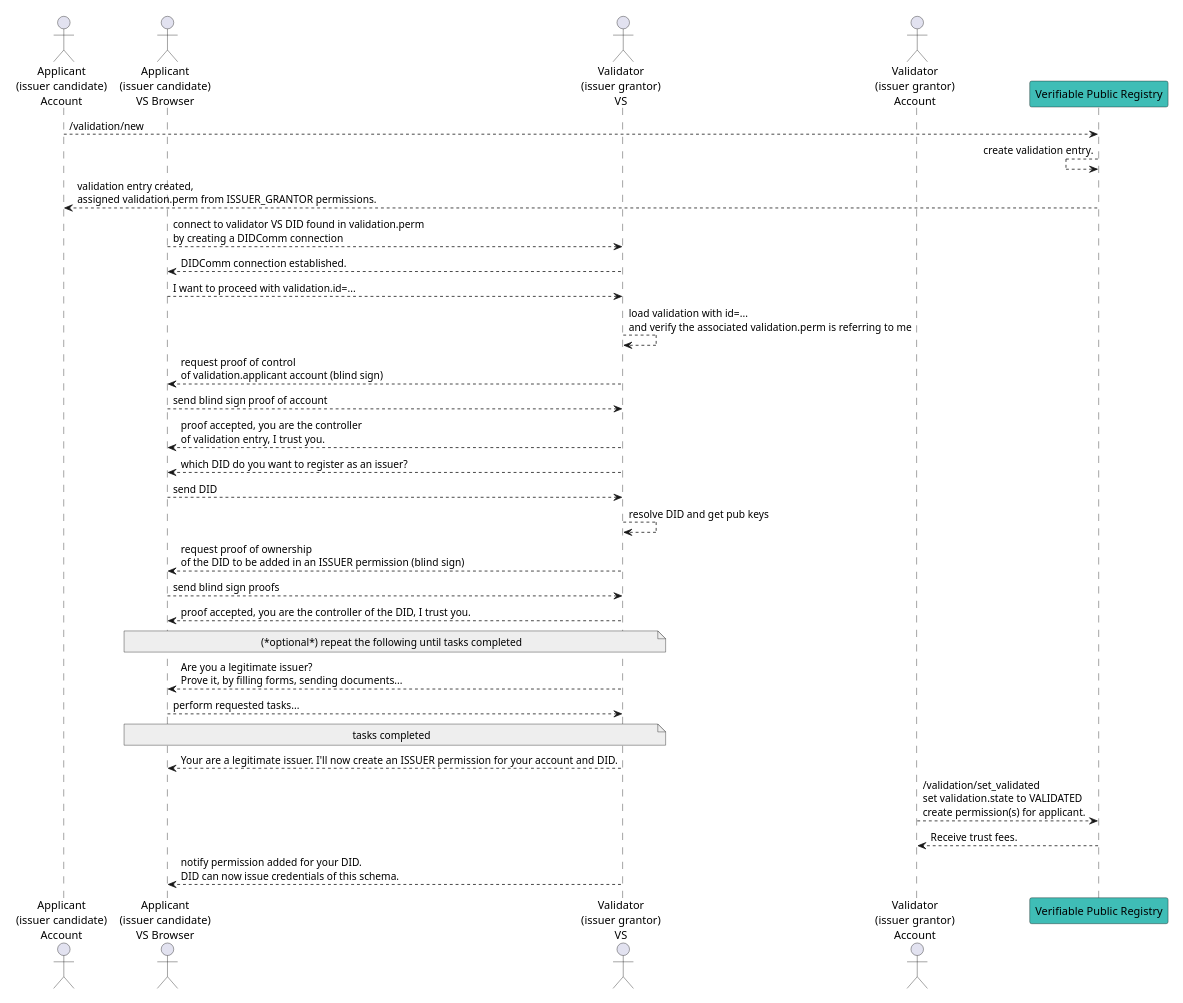
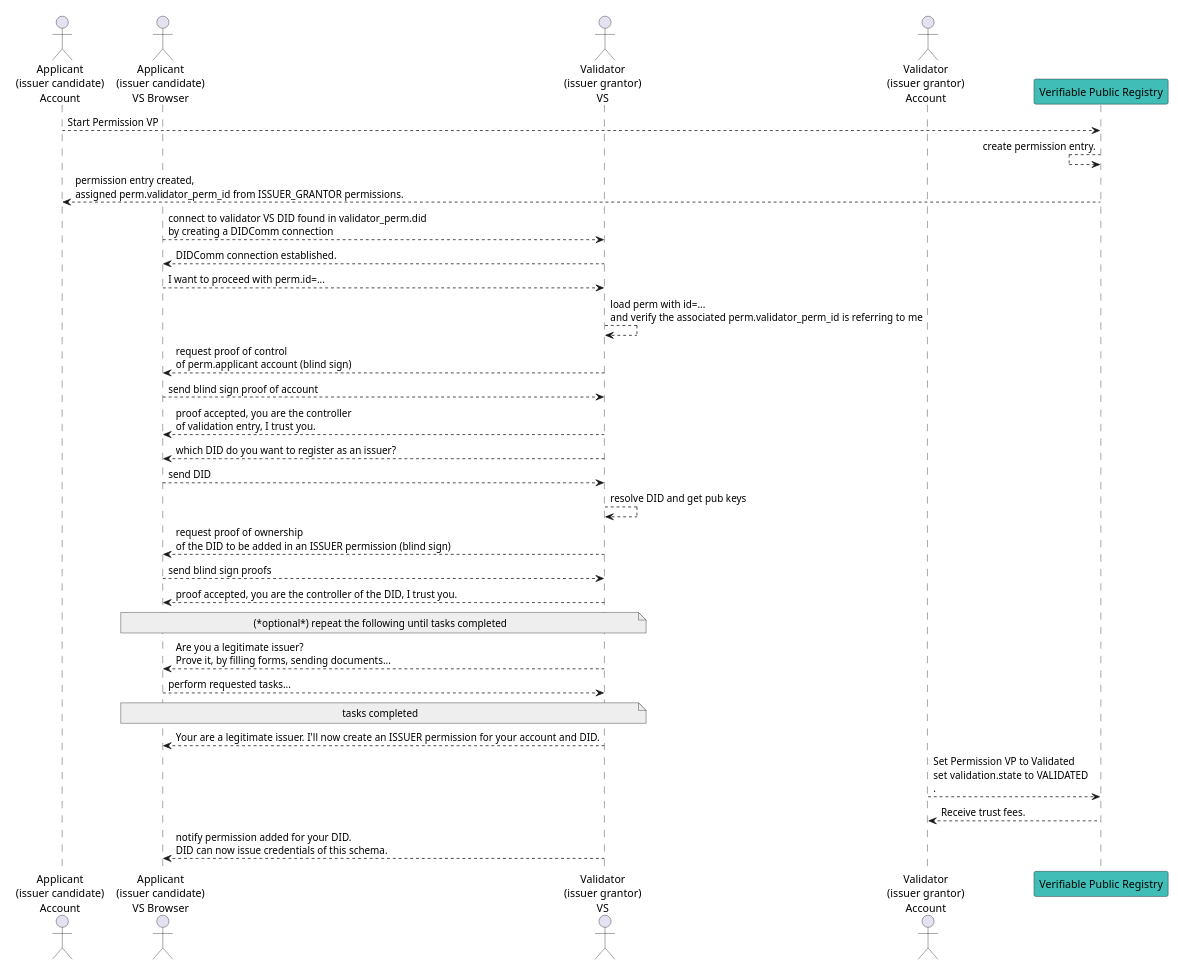
Before and after one commit to verana-labs/verifiable-trust-vpr-spec: diagram 13 of 13 in spec.md, drawn with PlantUML. The commit also changed other lines of this file and 1 other file, not shown here.

````diff
--- a/spec.md
+++ b/spec.md
@@ -3080,35 +3039,35 @@
 ```plantuml
 scale max 800 width
 actor "Applicant\n(issuer candidate)\nAccount" as ApplicantAccount 
 actor "Applicant\n(issuer candidate)\nVS Browser" as ApplicantBrowser 
 
 actor "Validator\n(issuer grantor)\nVS" as ValidatorVS
 actor "Validator\n(issuer grantor)\nAccount" as ValidatorAccount
 
 participant "Verifiable Public Registry" as VPR #3fbdb6
 
-ApplicantAccount --> VPR: /validation/new
-VPR <-- VPR: create validation entry.
-ApplicantAccount <-- VPR: validation entry created,\nassigned validation.perm from ISSUER_GRANTOR permissions.
-ApplicantBrowser --> ValidatorVS: connect to validator VS DID found in validation.perm\nby creating a DIDComm connection
+ApplicantAccount --> VPR: Start Permission VP
+VPR <-- VPR: create permission entry.
+ApplicantAccount <-- VPR: permission entry created,\nassigned perm.validator_perm_id from ISSUER_GRANTOR permissions.
+ApplicantBrowser --> ValidatorVS: connect to validator VS DID found in validator_perm.did\nby creating a DIDComm connection
 ApplicantBrowser <-- ValidatorVS: DIDComm connection established.
-ApplicantBrowser --> ValidatorVS: I want to proceed with validation.id=...
-ValidatorVS --> ValidatorVS: load validation with id=...\nand verify the associated validation.perm is referring to me
-ApplicantBrowser <-- ValidatorVS: request proof of control\nof validation.applicant account (blind sign)
+ApplicantBrowser --> ValidatorVS: I want to proceed with perm.id=...
+ValidatorVS --> ValidatorVS: load perm with id=...\nand verify the associated perm.validator_perm_id is referring to me
+ApplicantBrowser <-- ValidatorVS: request proof of control\nof perm.applicant account (blind sign)
 ApplicantBrowser --> ValidatorVS: send blind sign proof of account
 ApplicantBrowser <-- ValidatorVS: proof accepted, you are the controller\nof validation entry, I trust you.
 ApplicantBrowser <-- ValidatorVS: which DID do you want to register as an issuer?
 ApplicantBrowser --> ValidatorVS: send DID
 ValidatorVS --> ValidatorVS: resolve DID and get pub keys
 ApplicantBrowser <-- ValidatorVS: request proof of ownership\nof the DID to be added in an ISSUER permission (blind sign)
 ApplicantBrowser --> ValidatorVS: send blind sign proofs
 ApplicantBrowser <-- ValidatorVS: proof accepted, you are the controller of the DID, I trust you.
 note over ApplicantBrowser, ValidatorVS #EEEEEE: (*optional*) repeat the following until tasks completed
 ApplicantBrowser <-- ValidatorVS: Are you a legitimate issuer?\nProve it, by filling forms, sending documents...
 ApplicantBrowser --> ValidatorVS: perform requested tasks...
 note over ApplicantBrowser, ValidatorVS #EEEEEE: tasks completed
 ApplicantBrowser <-- ValidatorVS: Your are a legitimate issuer. I'll now create an ISSUER permission for your account and DID.
-ValidatorAccount --> VPR #3fbdb6: /validation/set_validated\nset validation.state to VALIDATED\ncreate permission(s) for applicant.
+ValidatorAccount --> VPR #3fbdb6: Set Permission VP to Validated\nset validation.state to VALIDATED\n.
 VPR --> ValidatorAccount: Receive trust fees.
 ApplicantBrowser <-- ValidatorVS: notify permission added for your DID.\nDID can now issue credentials of this schema.
 ```
````
